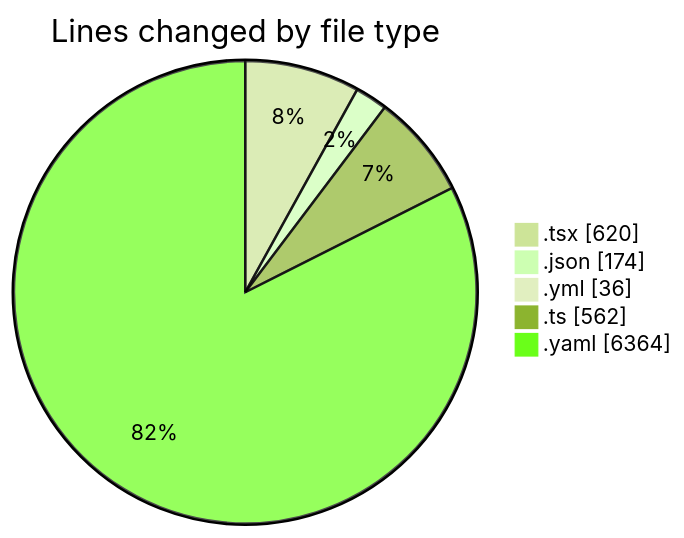
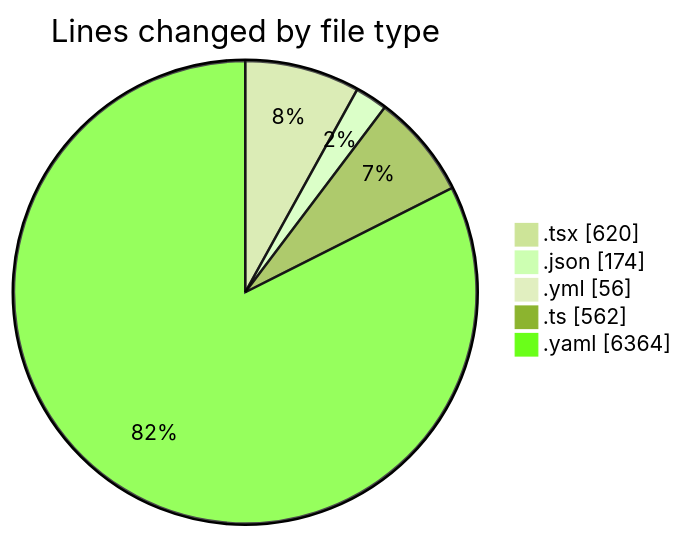
The first of 2 diagrams in 2025-11-27/eventscop-frontend-guide__workspace_/README.md (julien-gomy/code-tracking), drawn with Mermaid (forest theme) before and after one commit. The commit also changed other lines of this file and 1 other file, not shown here.

````diff
--- a/2025-11-27/eventscop-frontend-guide__workspace_/README.md
+++ b/2025-11-27/eventscop-frontend-guide__workspace_/README.md
@@ -37,9 +37,9 @@
 ```mermaid
 pie showData
 title Lines changed by file type
 ".tsx" : 620
 ".json" : 174
-".yml" : 36
+".yml" : 56
 ".ts" : 562
 ".yaml" : 6364
 ```
````
